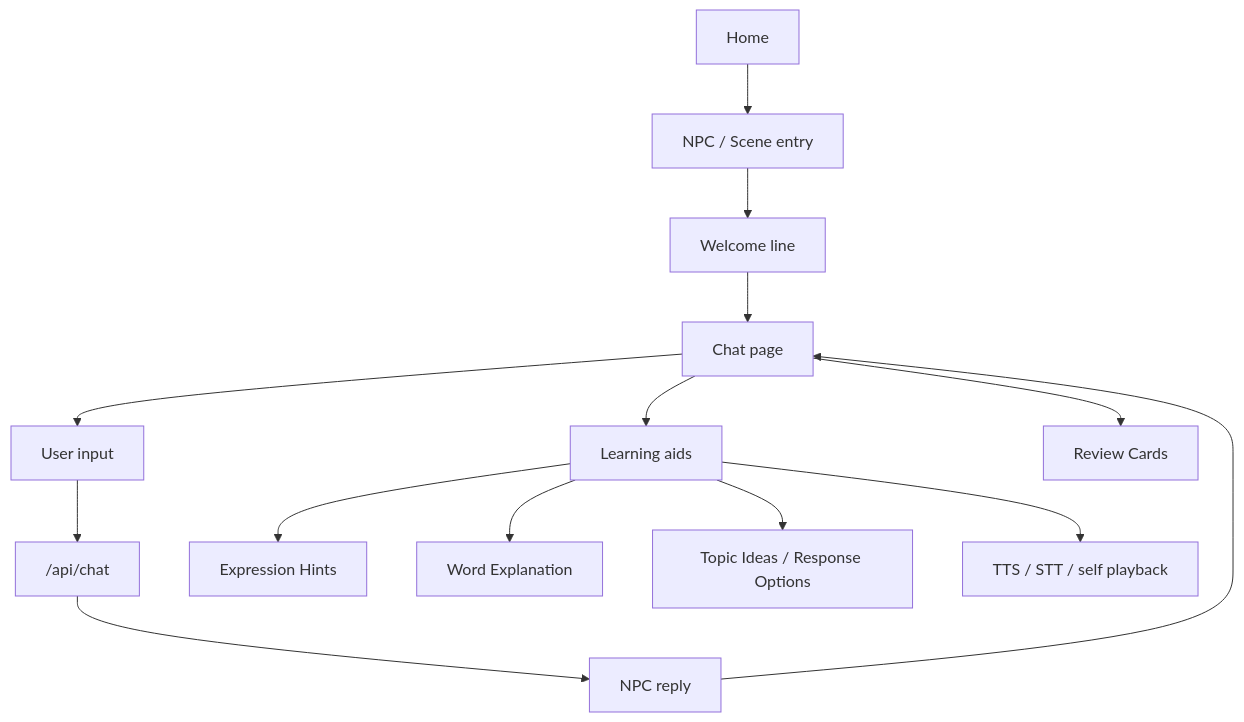
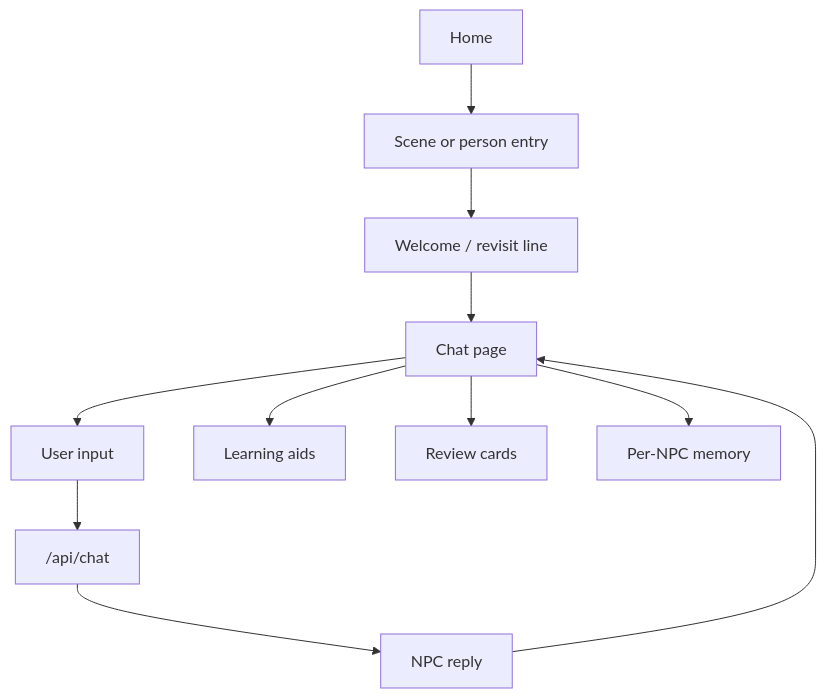
One commit to Ran-JH/kotomachi changed the diagram in docs/system-map.md. Above: the diagram before and after it, drawn with Mermaid. The commit also changed other lines of this file and 3 other files, not shown here.

````diff
--- a/docs/system-map.md
+++ b/docs/system-map.md
@@ -32,30 +32,24 @@
 ```mermaid
 flowchart TD
   Home["Home"]
-  Entry["NPC / Scene entry"]
-  Welcome["Welcome line"]
+  Entry["Scene or person entry"]
+  Welcome["Welcome / revisit line"]
   Chat["Chat page"]
   UserInput["User input"]
   ChatAPI["/api/chat"]
   Reply["NPC reply"]
   Aids["Learning aids"]
-  Hints["Expression Hints"]
-  Explain["Word Explanation"]
-  Ideas["Topic Ideas / Response Options"]
-  Voice["TTS / STT / self playback"]
-  Review["Review Cards"]
+  Review["Review cards"]
+  Memory["Per-NPC memory"]
 
   Home --> Entry
   Entry --> Welcome
   Welcome --> Chat
   Chat --> UserInput
   UserInput --> ChatAPI
   ChatAPI --> Reply
   Reply --> Chat
   Chat --> Aids
-  Aids --> Hints
-  Aids --> Explain
-  Aids --> Ideas
-  Aids --> Voice
   Chat --> Review
+  Chat --> Memory
 ```
````
